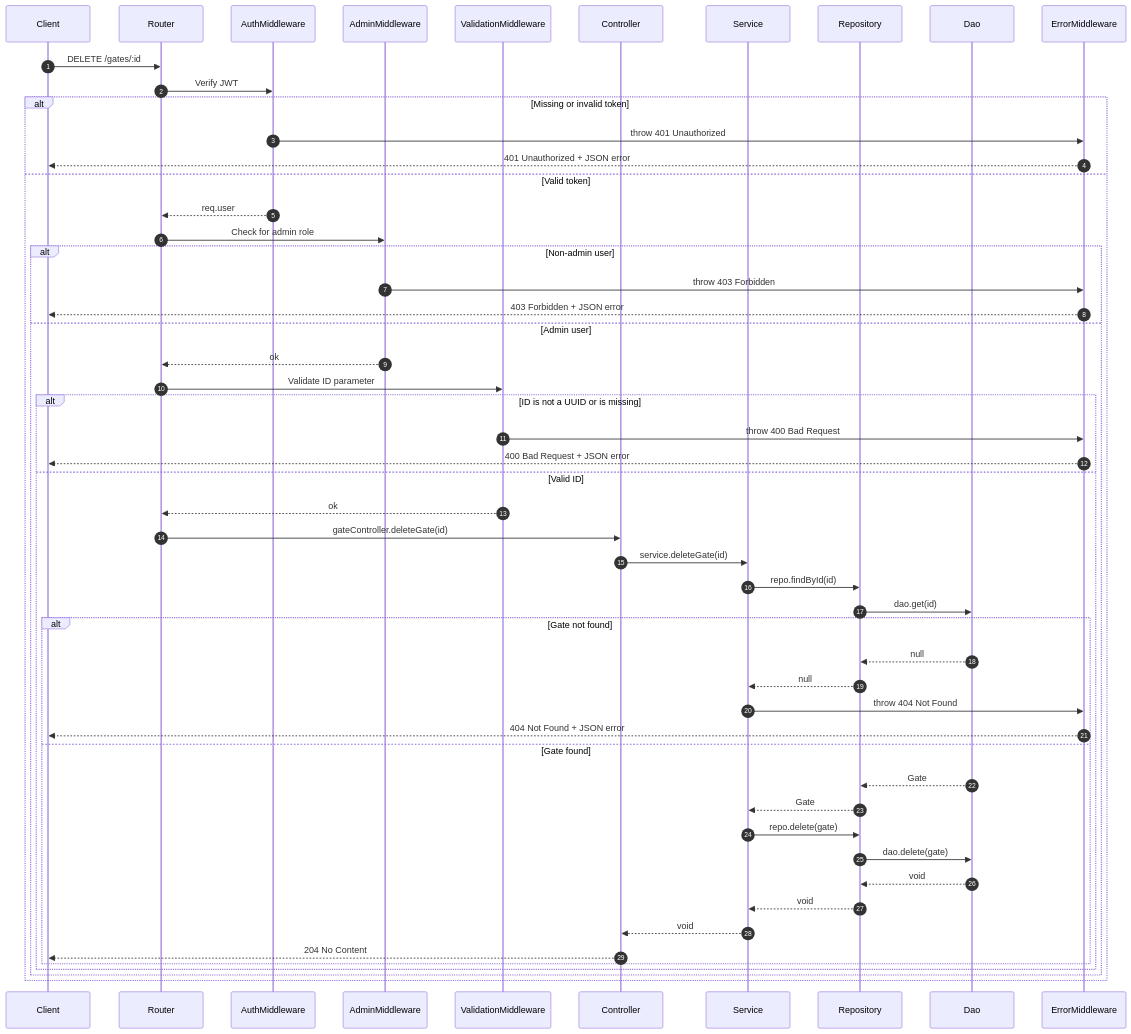
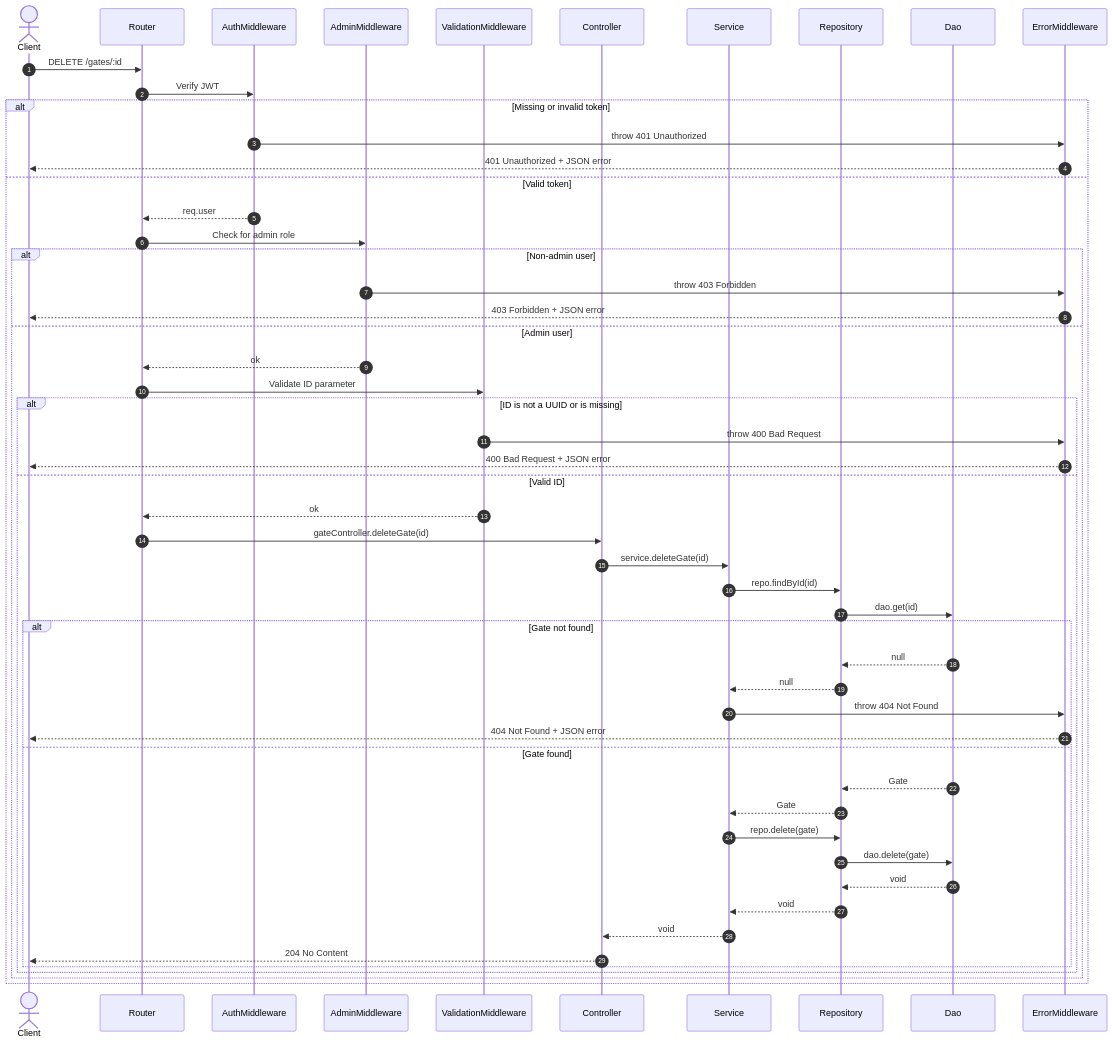
One commit to davideticchiarelli01/SafeGate_PA changed diagram 19 of 26 in README.md. Above: the diagram before and after it, drawn with Mermaid. The commit also changed other lines of this file, not shown here.

````diff
--- a/README.md
+++ b/README.md
@@ -1438,65 +1438,65 @@
 ``` mermaid
 sequenceDiagram
     autonumber
-    participant Client
+    actor Client
     participant Router
     participant AuthMiddleware
     participant AdminMiddleware
     participant ValidationMiddleware
     participant Controller
     participant Service
     participant Repository
     participant Dao
     participant ErrorMiddleware
 
     Client->>Router: DELETE /gates/:id
 
     %% Authentication
     Router->>AuthMiddleware: Verify JWT
     alt Missing or invalid token
         AuthMiddleware->>ErrorMiddleware: throw 401 Unauthorized
         ErrorMiddleware-->>Client: 401 Unauthorized + JSON error
     else Valid token
         AuthMiddleware-->>Router: req.user
 
         %% Authorization
         Router->>AdminMiddleware: Check for admin role
         alt Non-admin user
             AdminMiddleware->>ErrorMiddleware: throw 403 Forbidden
             ErrorMiddleware-->>Client: 403 Forbidden + JSON error
         else Admin user
             AdminMiddleware-->>Router: ok
 
             %% ID validation
             Router->>ValidationMiddleware: Validate ID parameter
             alt ID is not a UUID or is missing
                 ValidationMiddleware->>ErrorMiddleware: throw 400 Bad Request
                 ErrorMiddleware-->>Client: 400 Bad Request + JSON error
             else Valid ID
                 ValidationMiddleware-->>Router: ok
 
                 %% Controller call
                 Router->>Controller: gateController.deleteGate(id)
                 Controller->>Service: service.deleteGate(id)
                 Service->>Repository: repo.findById(id)
                 Repository->>Dao: dao.get(id)
 
                 alt Gate not found
                     Dao-->>Repository: null
                     Repository-->>Service: null
                     Service->>ErrorMiddleware: throw 404 Not Found
                     ErrorMiddleware-->>Client: 404 Not Found + JSON error
                 else Gate found
                     Dao-->>Repository: Gate
                     Repository-->>Service: Gate
                     Service->>Repository: repo.delete(gate)
                     Repository->>Dao: dao.delete(gate)
                     Dao-->>Repository: void
                     Repository-->>Service: void
                     Service-->>Controller: void
                     Controller-->>Client: 204 No Content
                 end
             end
         end
     end
 ```
````
